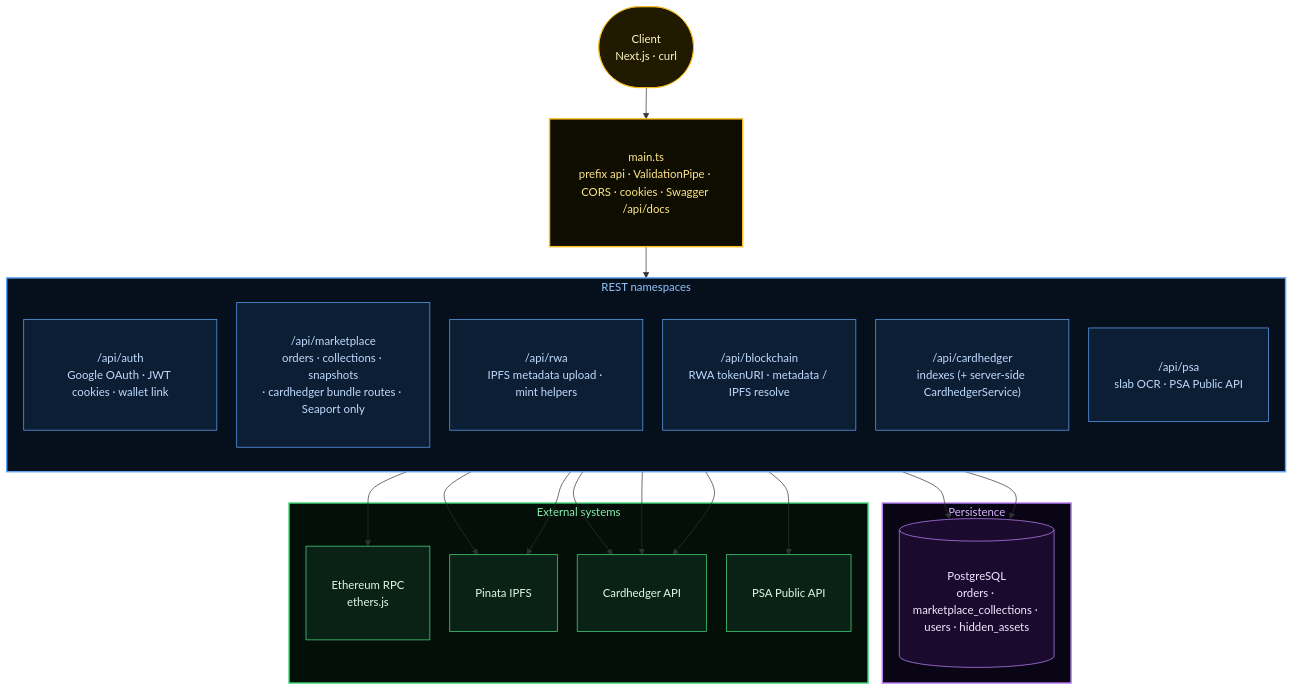
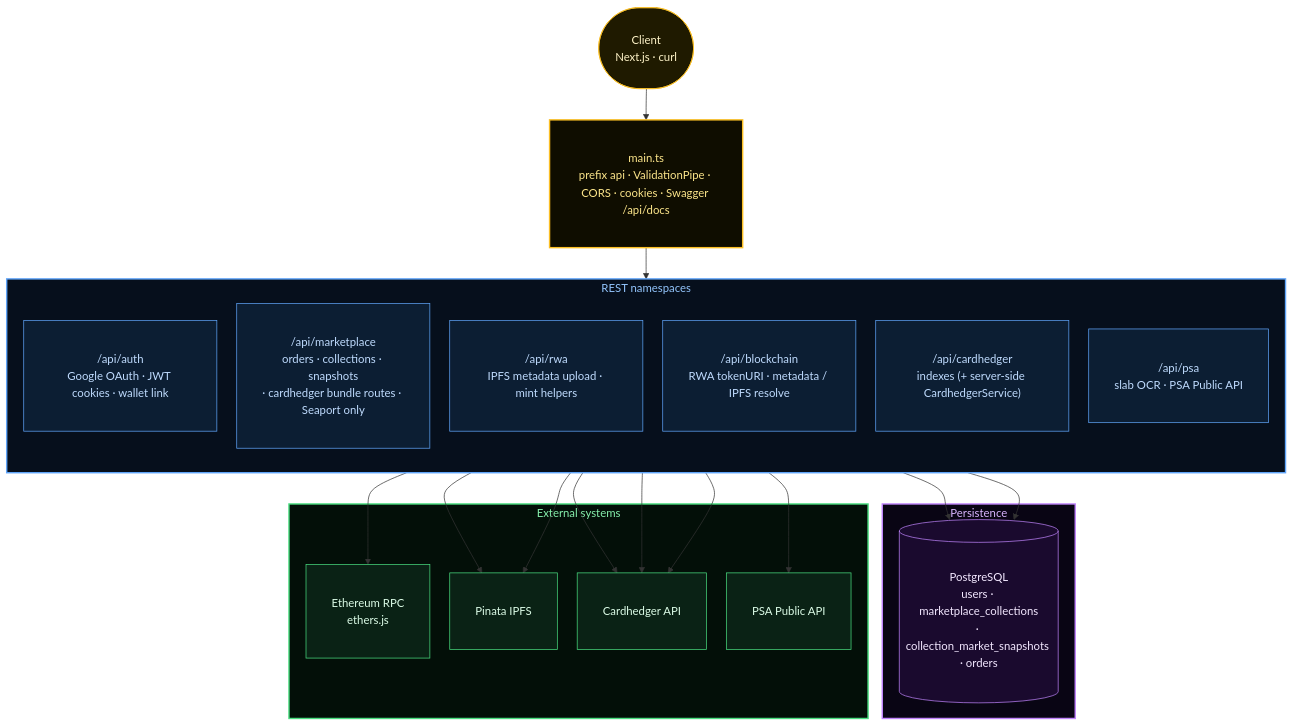
One commit to tokenable-dev/tokenable-dev changed the ninth of 11 diagrams in docs/diagrams/marketplace-lifecycle.en.md. Above: the diagram before and after it, drawn with Mermaid. The commit also changed other lines of this file and 47 other files, not shown here.

````diff
--- a/docs/diagrams/marketplace-lifecycle.en.md
+++ b/docs/diagrams/marketplace-lifecycle.en.md
@@ -647,50 +647,50 @@
 ```mermaid
 %%{init: {'flowchart': {'rankSpacing': 44, 'nodeSpacing': 28, 'padding': 18}}}%%
 flowchart TD
     classDef entry fill:#1f1a00,stroke:#fbbf24,color:#fef3c7,padding:8px 14px
     classDef route fill:#0c1e33,stroke:#60a5fa,color:#bfdbfe,padding:8px 14px
     classDef data  fill:#1a0a2e,stroke:#c084fc,color:#f3e8ff,padding:8px 14px
     classDef ext   fill:#0a2215,stroke:#4ade80,color:#dcfce7,padding:8px 14px
 
     CLIENT(["Client<br/>Next.js · curl"]):::entry
 
     GATE["main.ts<br/>prefix api · ValidationPipe · CORS · cookies · Swagger /api/docs"]:::entry
 
     subgraph REST ["REST namespaces"]
         direction TB
         R_AUTH["/api/auth<br/>Google OAuth · JWT cookies · wallet link"]:::route
         R_MKT["/api/marketplace<br/>orders · collections · snapshots<br/>· cardhedger bundle routes · Seaport only"]:::route
         R_RWA["/api/rwa<br/>IPFS metadata upload · mint helpers"]:::route
         R_BC["/api/blockchain<br/>RWA tokenURI · metadata / IPFS resolve"]:::route
         R_CH["/api/cardhedger<br/>indexes (+ server-side CardhedgerService)"]:::route
         R_PSA["/api/psa<br/>slab OCR · PSA Public API"]:::route
     end
 
     subgraph PERSIST ["Persistence"]
-        PG[("PostgreSQL<br/>orders · marketplace_collections · users · hidden_assets")]:::data
+        PG[("PostgreSQL<br/>users · marketplace_collections<br/>· collection_market_snapshots · orders")]:::data
     end
 
     subgraph OUT ["External systems"]
         ETH["Ethereum RPC<br/>ethers.js"]:::ext
         PIN["Pinata IPFS"]:::ext
         CH["Cardhedger API"]:::ext
         PSAHTTP["PSA Public API"]:::ext
     end
 
     CLIENT --> GATE
     GATE --> REST
     R_MKT --> PG
     R_MKT --> CH
     R_AUTH --> PG
     R_RWA --> PIN
     R_BC --> ETH
     R_CH --> CH
     R_PSA --> PIN
     R_PSA --> CH
     R_PSA --> PSAHTTP
 
     style GATE fill:#0f0d00,stroke:#fbbf24,stroke-width:2px,color:#fde68a
     style REST fill:#060f1c,stroke:#60a5fa,stroke-width:2px,color:#93c5fd
     style PERSIST fill:#090514,stroke:#c084fc,stroke-width:2px,color:#d8b4fe
     style OUT fill:#030f08,stroke:#4ade80,stroke-width:2px,color:#86efac
 ```
````
